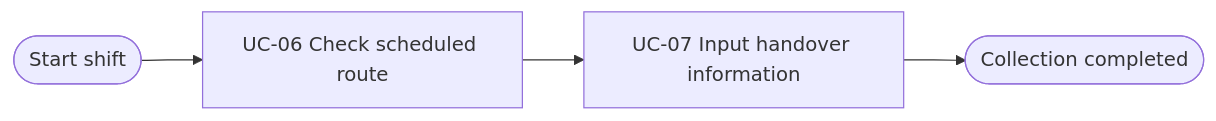
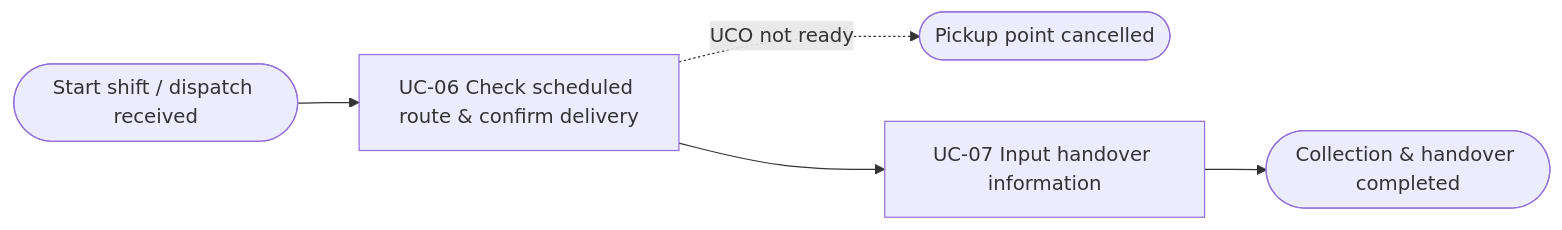
Before and after one commit to thuyvicbh-alt/DBIZ2---GROUP-D: the third of 5 diagrams in docs/external-design/usage-flow.md, drawn with Mermaid. The commit also changed other lines of this file, not shown here.

````diff
--- a/docs/external-design/usage-flow.md
+++ b/docs/external-design/usage-flow.md
@@ -48,6 +61,7 @@
 ```mermaid
 flowchart LR
-  A(["Start shift"]) --> U6["UC-06 Check scheduled route"]
+  A(["Start shift / dispatch received"]) --> U6["UC-06 Check scheduled route & confirm delivery"]
+  U6 -.->|"UCO not ready"| Z1(["Pickup point cancelled"])
   U6 --> U7["UC-07 Input handover information"]
-  U7 --> Z(["Collection completed"])
+  U7 --> Z2(["Collection & handover completed"])
 ```
````
